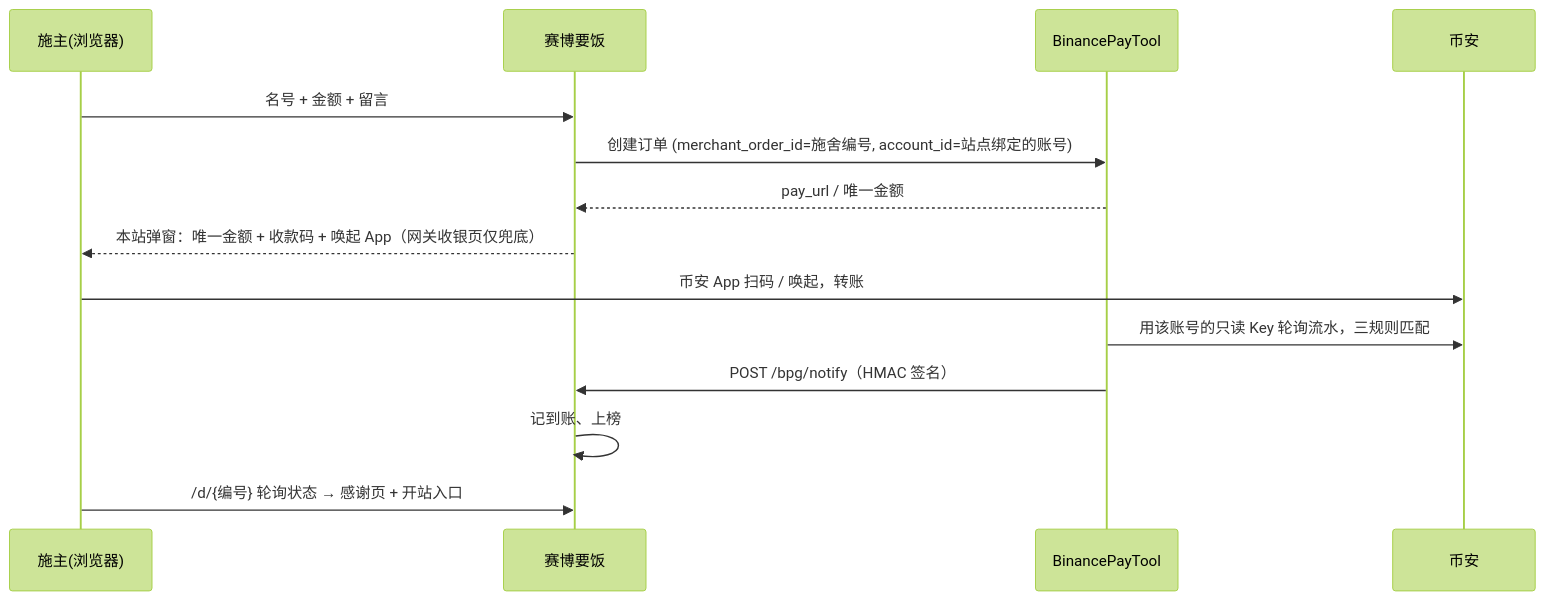
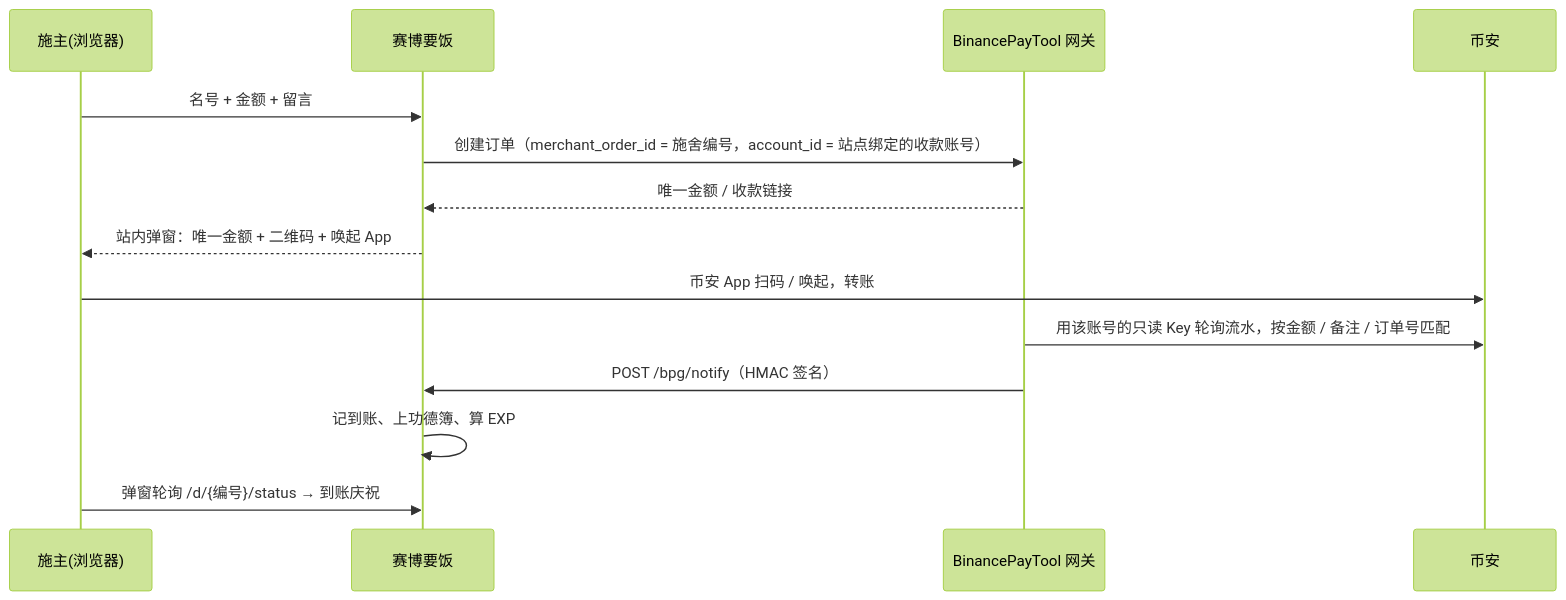
One commit to qianyubtc/newbeggar changed the diagram in README.md. Above: the diagram before and after it, drawn with Mermaid (forest theme). The commit also changed other lines of this file and 1 other file, not shown here.

Commit message:
README：徽章、目录、币安 API Key 配置说明、配置参考表、FAQ

````diff
--- a/README.md
+++ b/README.md
@@ -30,16 +66,16 @@
 ```mermaid
 sequenceDiagram
     participant U as 施主(浏览器)
     participant B as 赛博要饭
-    participant G as BinancePayTool
+    participant G as BinancePayTool 网关
     participant X as 币安
     U->>B: 名号 + 金额 + 留言
-    B->>G: 创建订单 (merchant_order_id=施舍编号, account_id=站点绑定的账号)
-    G-->>B: pay_url / 唯一金额
-    B-->>U: 本站弹窗：唯一金额 + 收款码 + 唤起 App（网关收银页仅兜底）
+    B->>G: 创建订单（merchant_order_id = 施舍编号，account_id = 站点绑定的收款账号）
+    G-->>B: 唯一金额 / 收款链接
+    B-->>U: 站内弹窗：唯一金额 + 二维码 + 唤起 App
     U->>X: 币安 App 扫码 / 唤起，转账
-    G->>X: 用该账号的只读 Key 轮询流水，三规则匹配
+    G->>X: 用该账号的只读 Key 轮询流水，按金额 / 备注 / 订单号匹配
     G->>B: POST /bpg/notify（HMAC 签名）
-    B->>B: 记到账、上榜
-    U->>B: /d/{编号} 轮询状态 → 感谢页 + 开站入口
+    B->>B: 记到账、上功德簿、算 EXP
+    U->>B: 弹窗轮询 /d/{编号}/status → 到账庆祝
 ```
````
